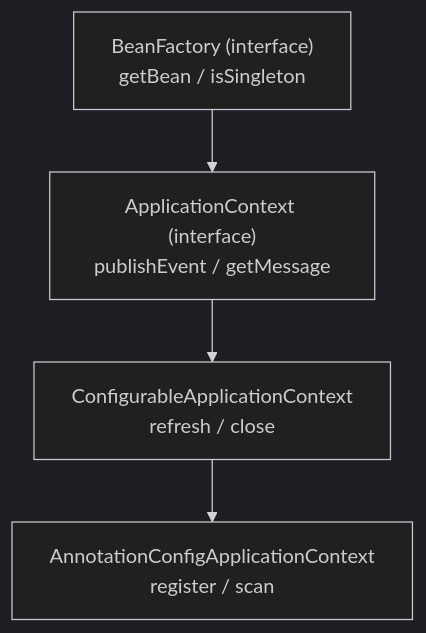
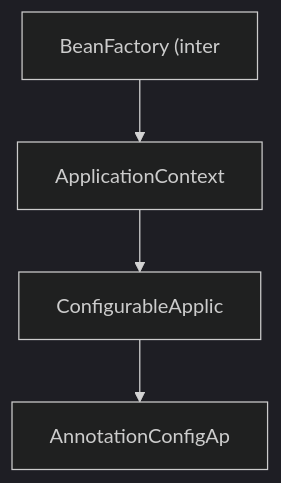
Before and after one commit to yjkim2015/yjkim2015.github.io: the second of 13 diagrams in _posts/spring/2026-05-02-spring-core-basic.md, drawn with Mermaid (dark theme). The commit also changed other lines of this file and 271 other files, not shown here.

First line of the commit message:
Mermaid 라벨 축소: 긴 노드 텍스트 18자 이하로 트림 + \n 제거

````diff
--- a/_posts/spring/2026-05-02-spring-core-basic.md
+++ b/_posts/spring/2026-05-02-spring-core-basic.md
@@ -111,8 +111,8 @@
 ```mermaid
 graph TD
-    A["BeanFactory (interface)\ngetBean / isSingleton"]
-    B["ApplicationContext (interface)\npublishEvent / getMessage"]
-    C["ConfigurableApplicationContext\nrefresh / close"]
-    D["AnnotationConfigApplicationContext\nregister / scan"]
+    A["BeanFactory (inter"]
+    B["ApplicationContext"]
+    C["ConfigurableApplic"]
+    D["AnnotationConfigAp"]
     A --> B --> C --> D
 ```
````
